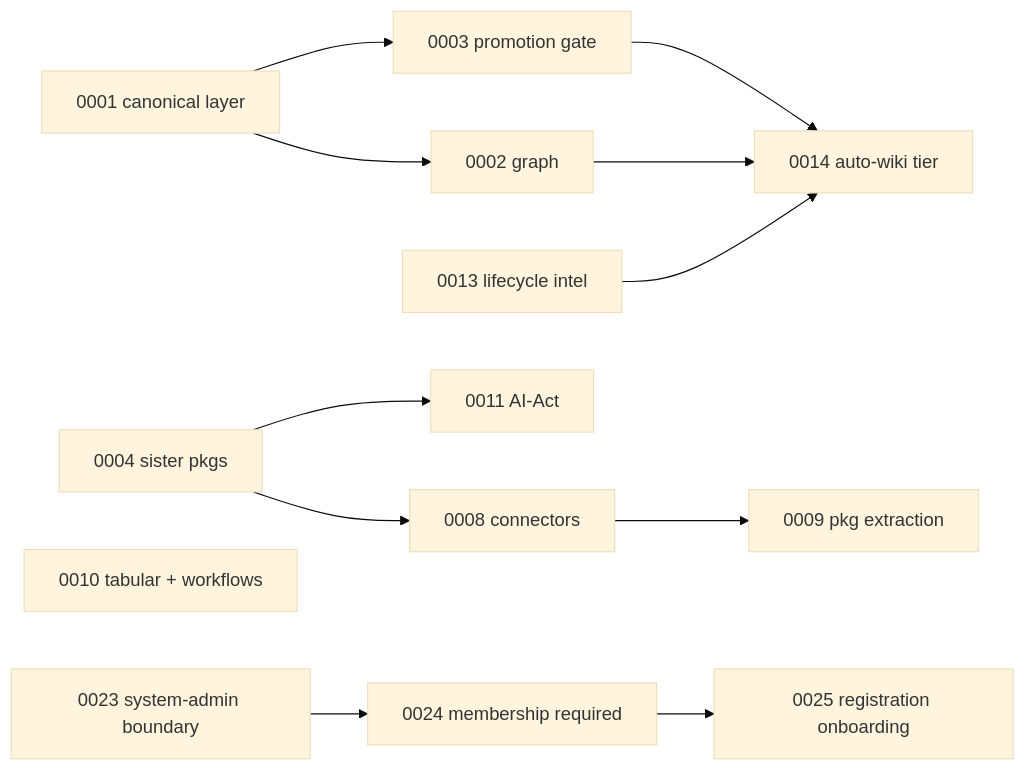
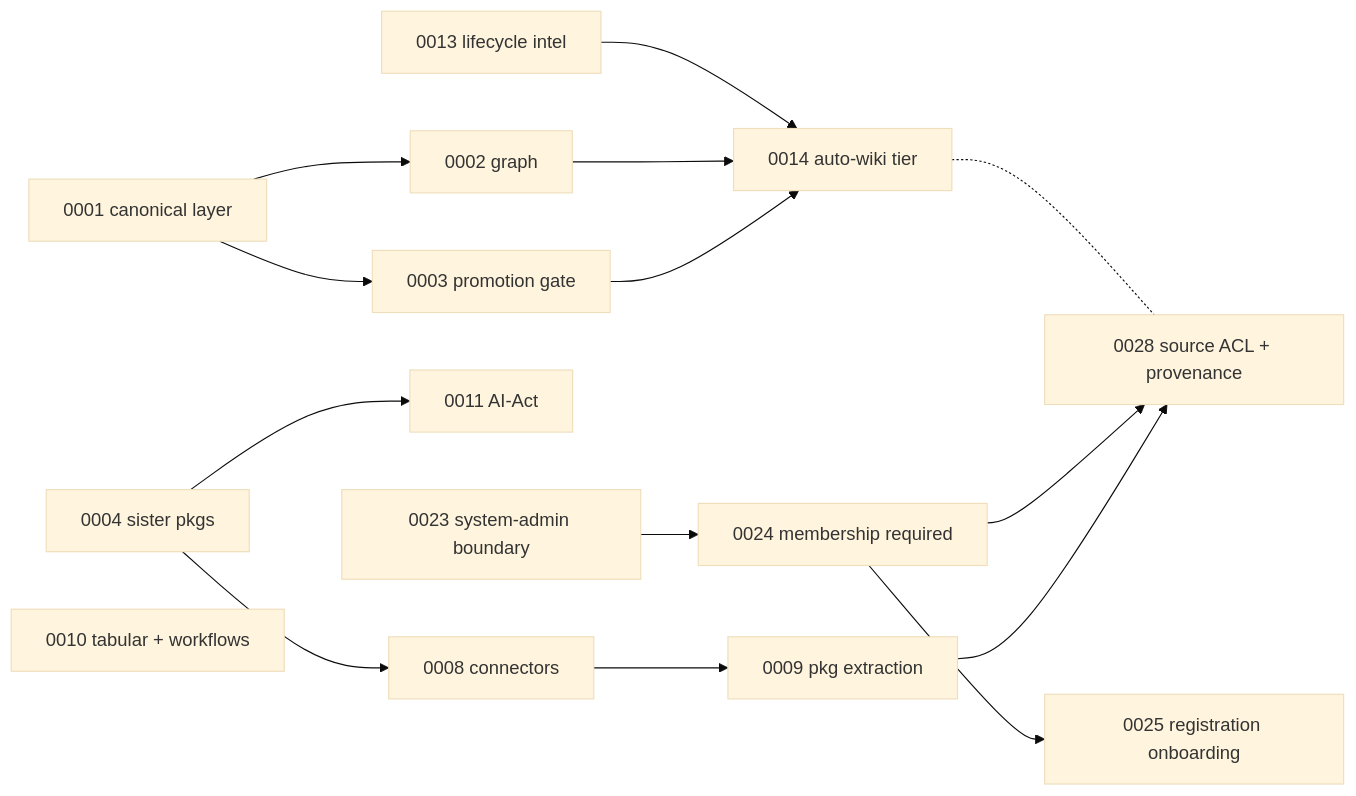
The diagram in docs-site/architecture/decisions.mdx (lopadova/AskMyDocs), drawn with Mermaid (base theme) before and after one commit. The commit also changed other lines of this file and 9 other files, not shown here.

````diff
--- a/docs-site/architecture/decisions.mdx
+++ b/docs-site/architecture/decisions.mdx
@@ -95,13 +109,16 @@
 ```mermaid
 flowchart LR
     A0001[0001 canonical layer] --> A0002[0002 graph]
     A0001 --> A0003[0003 promotion gate]
     A0003 --> A0014[0014 auto-wiki tier]
     A0002 --> A0014
     A0004[0004 sister pkgs] --> A0008[0008 connectors] --> A0009[0009 pkg extraction]
     A0004 --> A0011[0011 AI-Act]
     A0010[0010 tabular + workflows]
     A0013[0013 lifecycle intel] --> A0014
     A0023[0023 system-admin boundary] --> A0024[0024 membership required]
     A0024 --> A0025[0025 registration onboarding]
+    A0009 --> A0028[0028 source ACL + provenance]
+    A0024 --> A0028
+    A0014 -.- A0028
 ```
````
